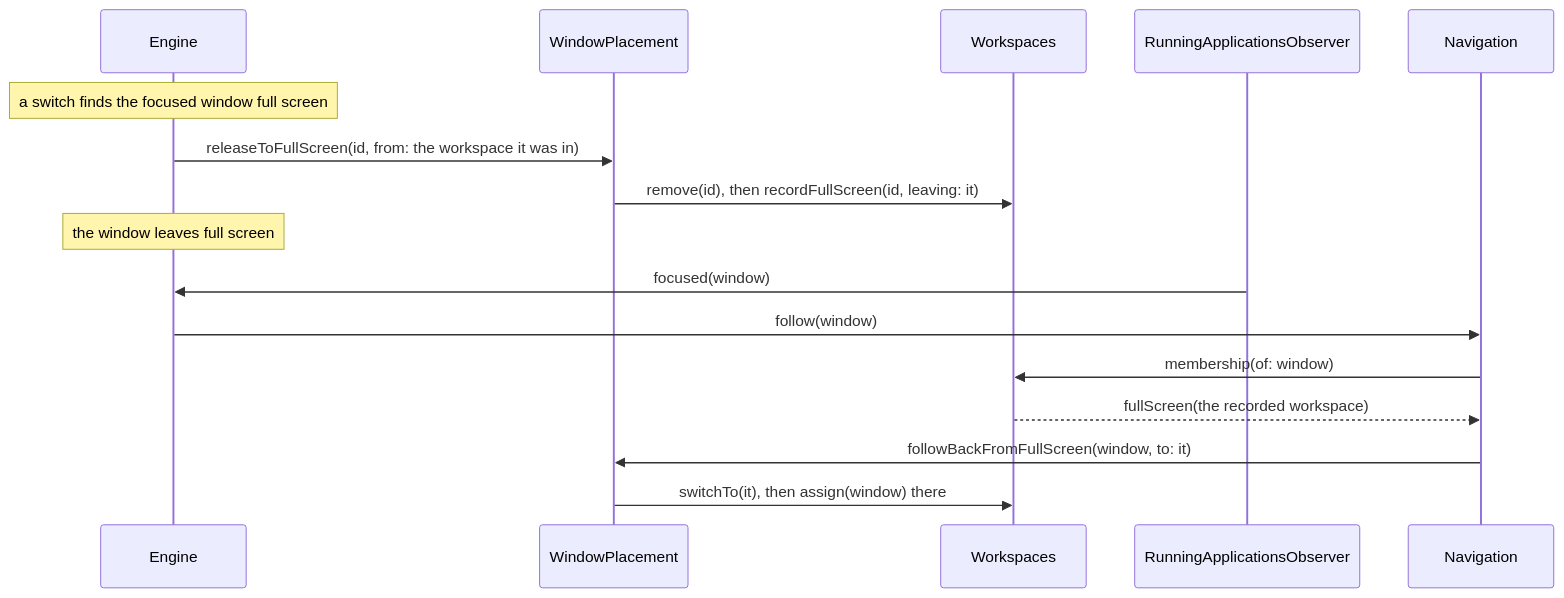
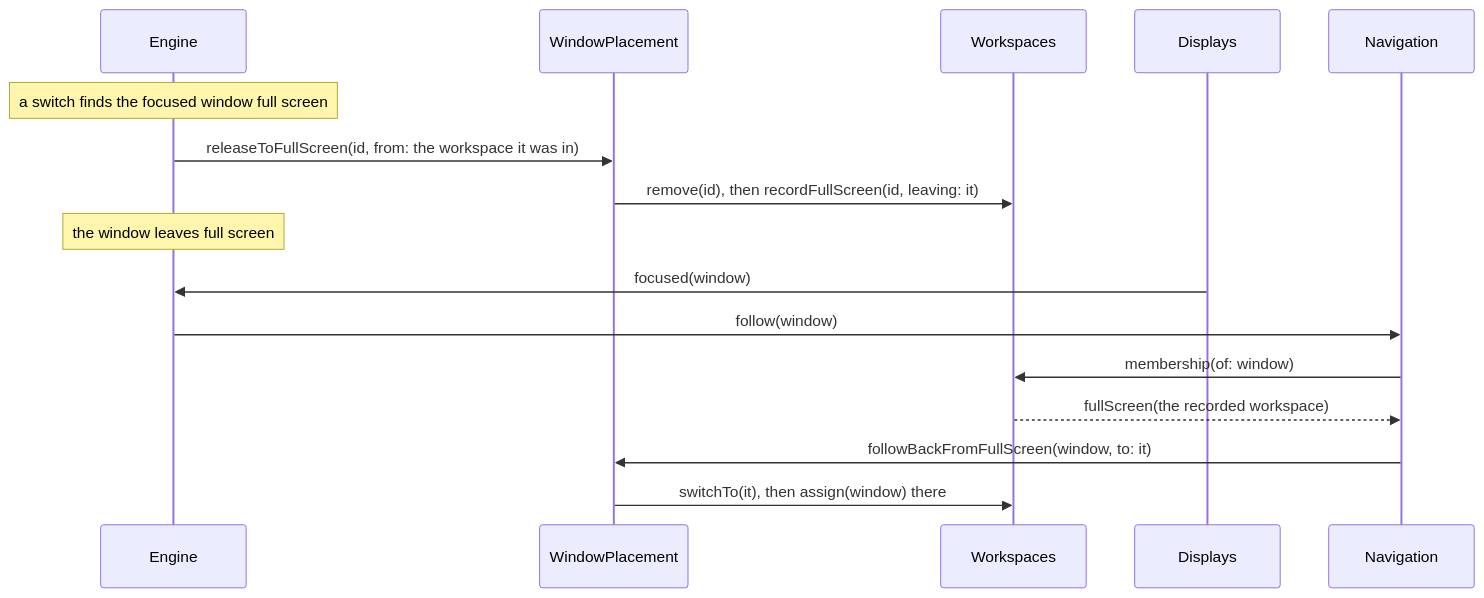
Before and after one commit to brennovich/ottowm: diagram 20 of 26 in ARCHITECTURE.md, drawn with Mermaid. The commit also changed other lines of this file and 1 other file, not shown here.

First line of the commit message:
Document one engine and one Pager per display

````diff
--- a/ARCHITECTURE.md
+++ b/ARCHITECTURE.md
@@ -389,13 +509,13 @@
 ```mermaid
 sequenceDiagram
     Note over Engine: a switch finds the focused window full screen
     Engine->>WindowPlacement: releaseToFullScreen(id, from: the workspace it was in)
     WindowPlacement->>Workspaces: remove(id), then recordFullScreen(id, leaving: it)
     Note over Engine: the window leaves full screen
-    RunningApplicationsObserver->>Engine: focused(window)
+    Displays->>Engine: focused(window)
     Engine->>Navigation: follow(window)
     Navigation->>Workspaces: membership(of: window)
     Workspaces-->>Navigation: fullScreen(the recorded workspace)
     Navigation->>WindowPlacement: followBackFromFullScreen(window, to: it)
     WindowPlacement->>Workspaces: switchTo(it), then assign(window) there
 ```
````
